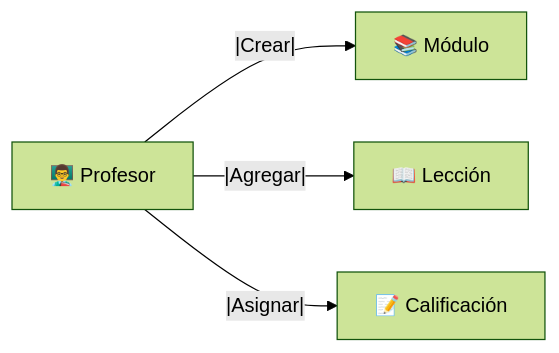
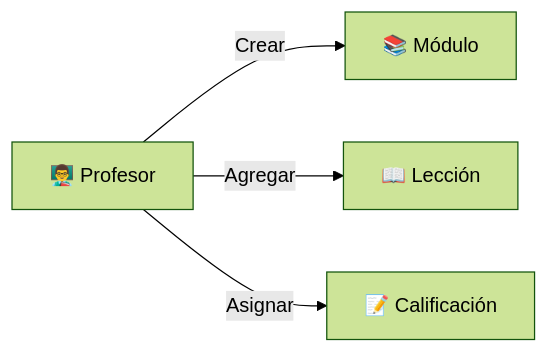
Before and after one commit to David-Luis-Mora/MkDocsLumino: the first of 2 diagrams in docs/requisitos.md, drawn with Mermaid (forest theme). The commit also changed other lines of this file, not shown here.

Commit message:
modificacion de requisitos

````diff
--- a/docs/requisitos.md
+++ b/docs/requisitos.md
@@ -21,6 +21,6 @@
 ```mermaid
 graph LR
-Profesor["👨‍🏫 Profesor"] --|Crear|--> Modulo["📚 Módulo"]
-Profesor --|Agregar|--> Leccion["📖 Lección"]
-Profesor --|Asignar|--> Calificacion["📝 Calificación"]
+Profesor["👨‍🏫 Profesor"] --Crear--> Modulo["📚 Módulo"]
+Profesor --Agregar--> Leccion["📖 Lección"]
+Profesor --Asignar--> Calificacion["📝 Calificación"]
 ```
````
